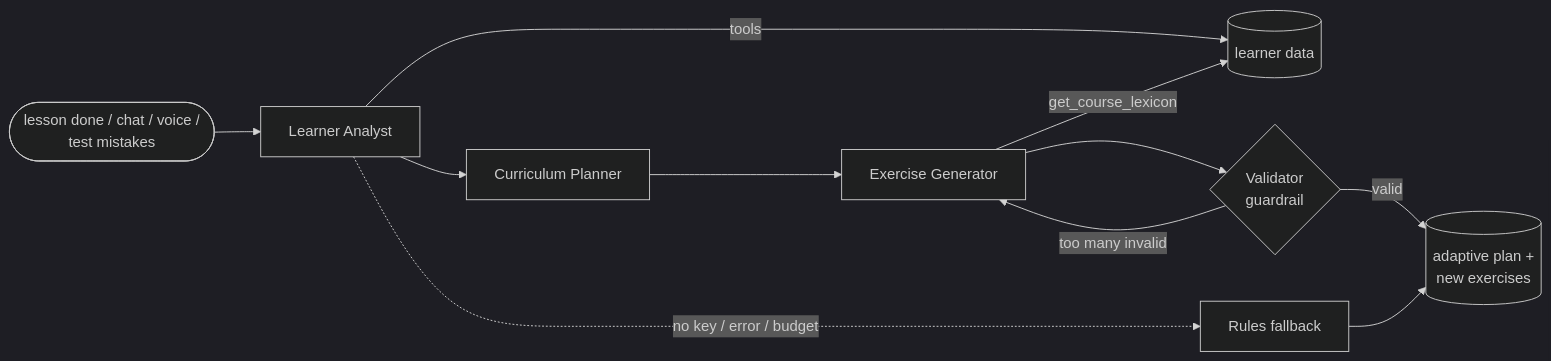
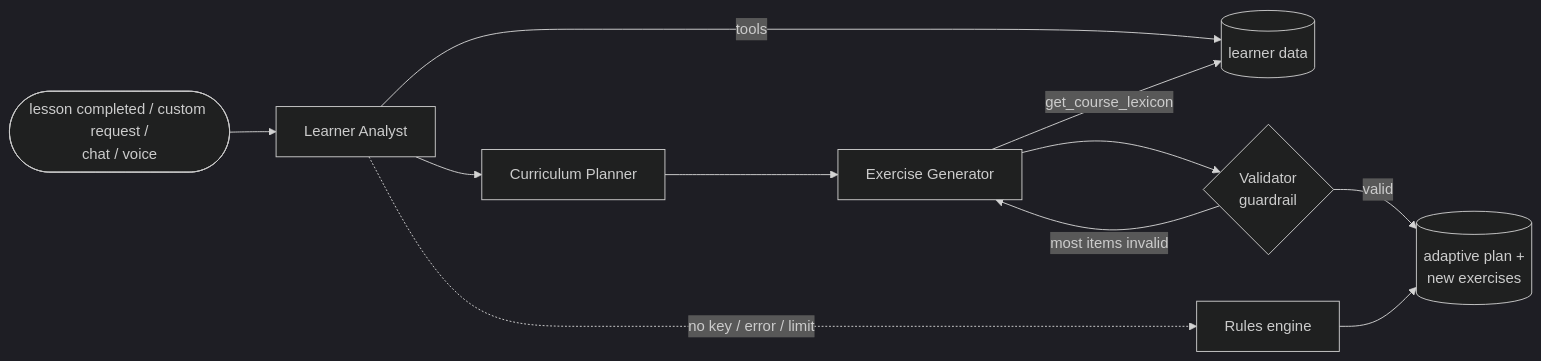
The third of 3 diagrams in README.md (Vishy204/duolingo-clone-ai-tutor), drawn with Mermaid (dark theme) before and after one commit. The commit also changed other lines of this file, not shown here.

Commit message:
README: professional structure with table of contents, schema, API, then agents

````diff
--- a/README.md
+++ b/README.md
@@ -73,12 +270,12 @@
 ```mermaid
 flowchart LR
-    T([lesson done / chat / voice /<br/>test mistakes]) --> A[Learner Analyst]
+    T([lesson completed / custom request /<br/>chat / voice]) --> A[Learner Analyst]
     A -- tools --> DB[(learner data)]
     A --> P[Curriculum Planner]
     P --> G[Exercise Generator]
     G -- get_course_lexicon --> DB
     G --> V{Validator<br/>guardrail}
-    V -- too many invalid --> G
+    V -- most items invalid --> G
     V -- valid --> S[(adaptive plan +<br/>new exercises)]
-    A -. no key / error / budget .-> F[Rules fallback] --> S
+    A -. no key / error / limit .-> F[Rules engine] --> S
 ```
````
